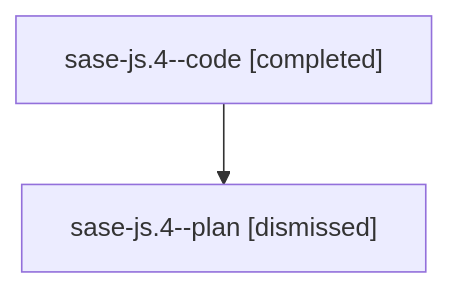
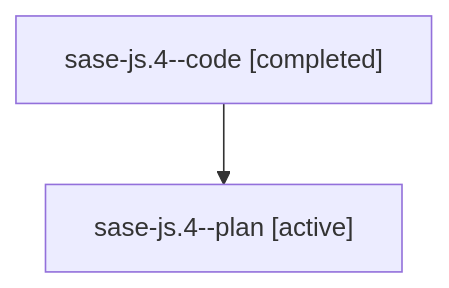
One commit to sase-org/sase--agents changed the diagram in families/bbugyi200.athena.sase-js.4.md. Above: the diagram before and after it, drawn with Mermaid. The commit also changed other lines of this file and 35830 other files, not shown here.

````diff
--- a/families/bbugyi200.athena.sase-js.4.md
+++ b/families/bbugyi200.athena.sase-js.4.md
@@ -9,6 +9,6 @@
 ```mermaid
 flowchart TD
   n0["sase-js.4--code [completed]"]
-  n1["sase-js.4--plan [dismissed]"]
+  n1["sase-js.4--plan [active]"]
   n0 --> n1
 ```
````
